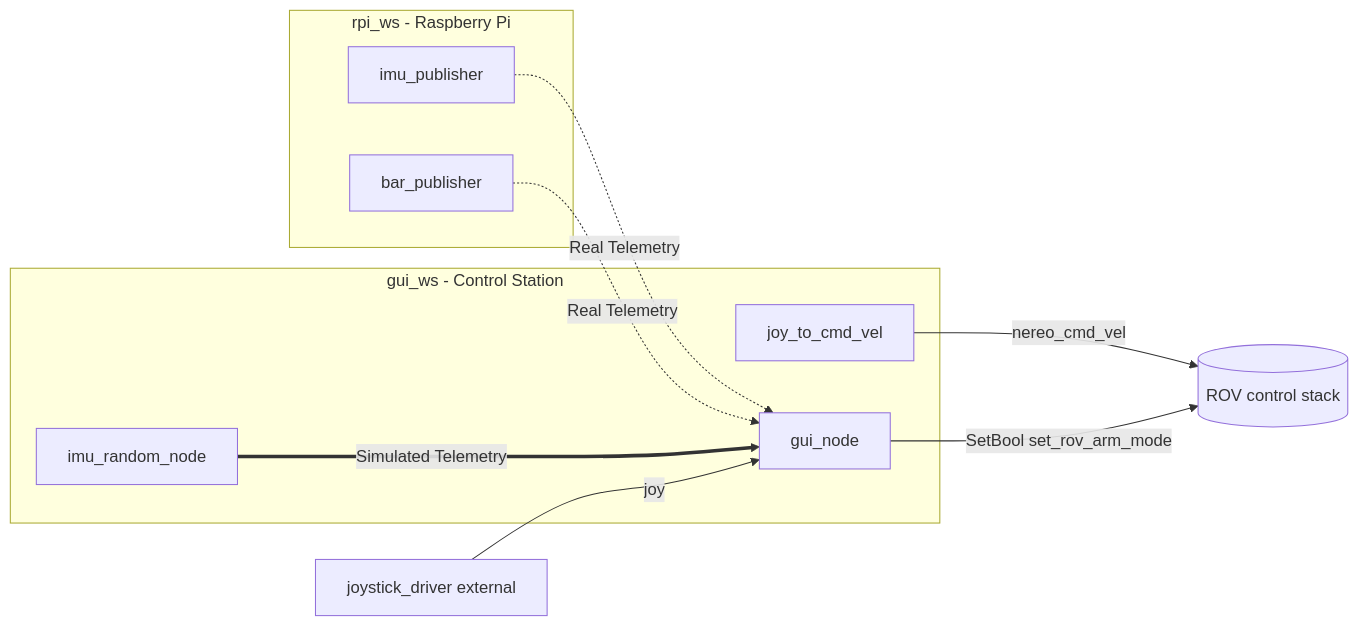
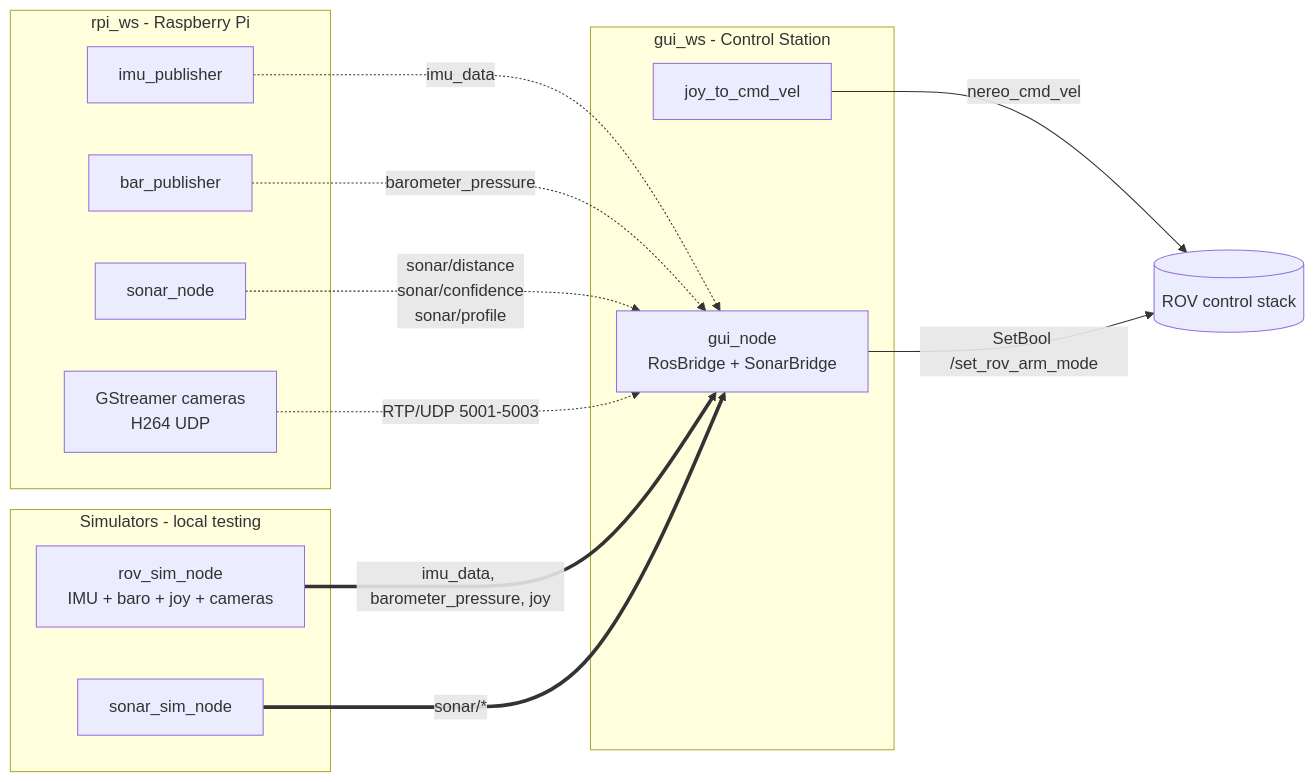
The diagram in README.md (PoliTOcean/nereo_ros2_code), drawn with Mermaid before and after one commit. The commit also changed other lines of this file and 35 other files, not shown here.

First line of the commit message:
feat(gui): sonar integration, thread-safety fixes and simulator refactor

````diff
--- a/README.md
+++ b/README.md
@@ -120,23 +65,30 @@
 ```mermaid
 graph LR
    subgraph RPI[rpi_ws - Raspberry Pi]
       IMU[imu_publisher]
       BAR[bar_publisher]
+      SONAR[sonar_node]
+      CAM[GStreamer cameras\nH264 UDP]
    end
 
    subgraph CTRL[gui_ws - Control Station]
-      GUI[gui_node]
+      GUI[gui_node\nRosBridge + SonarBridge]
       JOY[joy_to_cmd_vel]
-      SIM[imu_random_node]
    end
 
-   JDRV[joystick_driver external]
+   subgraph SIM[Simulators - local testing]
+      ROVSIM[rov_sim_node\nIMU + baro + joy + cameras]
+      SONARSIM[sonar_sim_node]
+   end
 
-   IMU -.->|Real Telemetry| GUI
-   BAR -.->|Real Telemetry| GUI
-   SIM ===>|Simulated Telemetry| GUI
-   
-   JDRV -->|joy| GUI
+   IMU -.->|imu_data| GUI
+   BAR -.->|barometer_pressure| GUI
+   SONAR -.->|sonar/distance\nsonar/confidence\nsonar/profile| GUI
+   CAM -.->|RTP/UDP 5001-5003| GUI
+
+   ROVSIM ==>|imu_data, barometer_pressure, joy| GUI
+   SONARSIM ==>|sonar/*| GUI
+
    JOY -->|nereo_cmd_vel| ROV[(ROV control stack)]
-   GUI -->|SetBool set_rov_arm_mode| ROV
+   GUI -->|SetBool /set_rov_arm_mode| ROV
 ```
````
